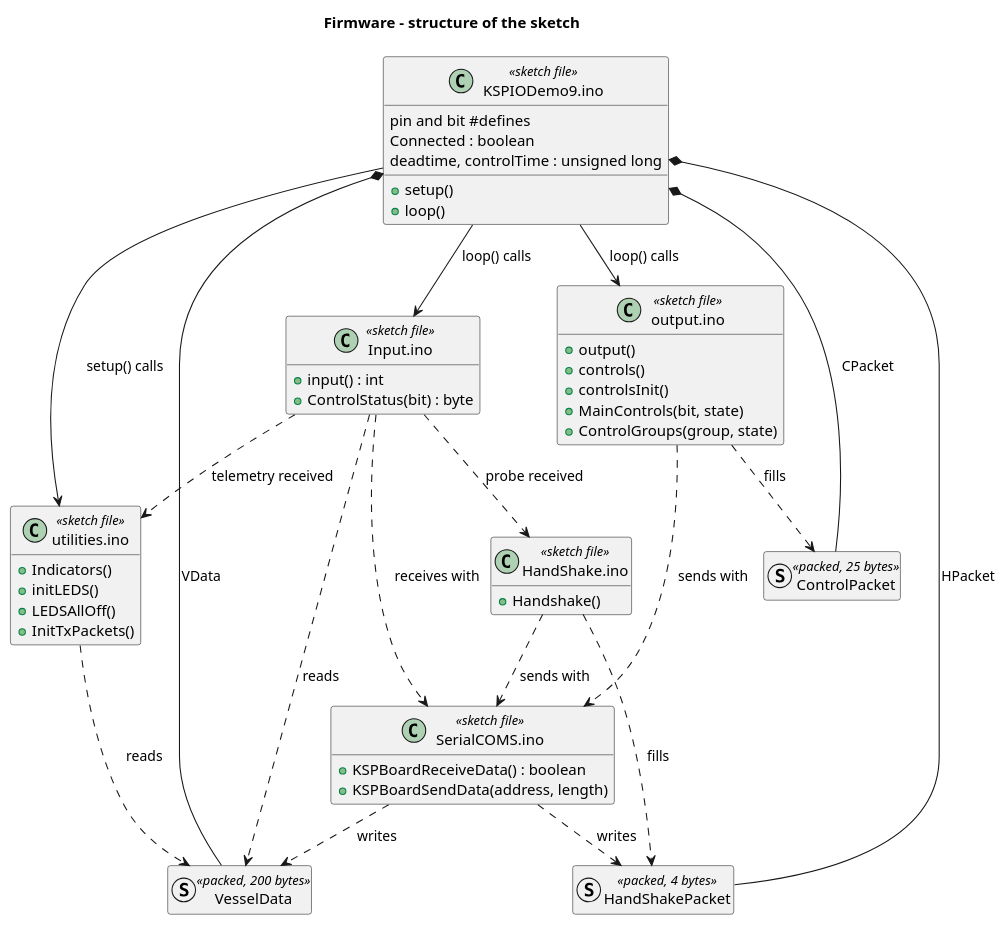
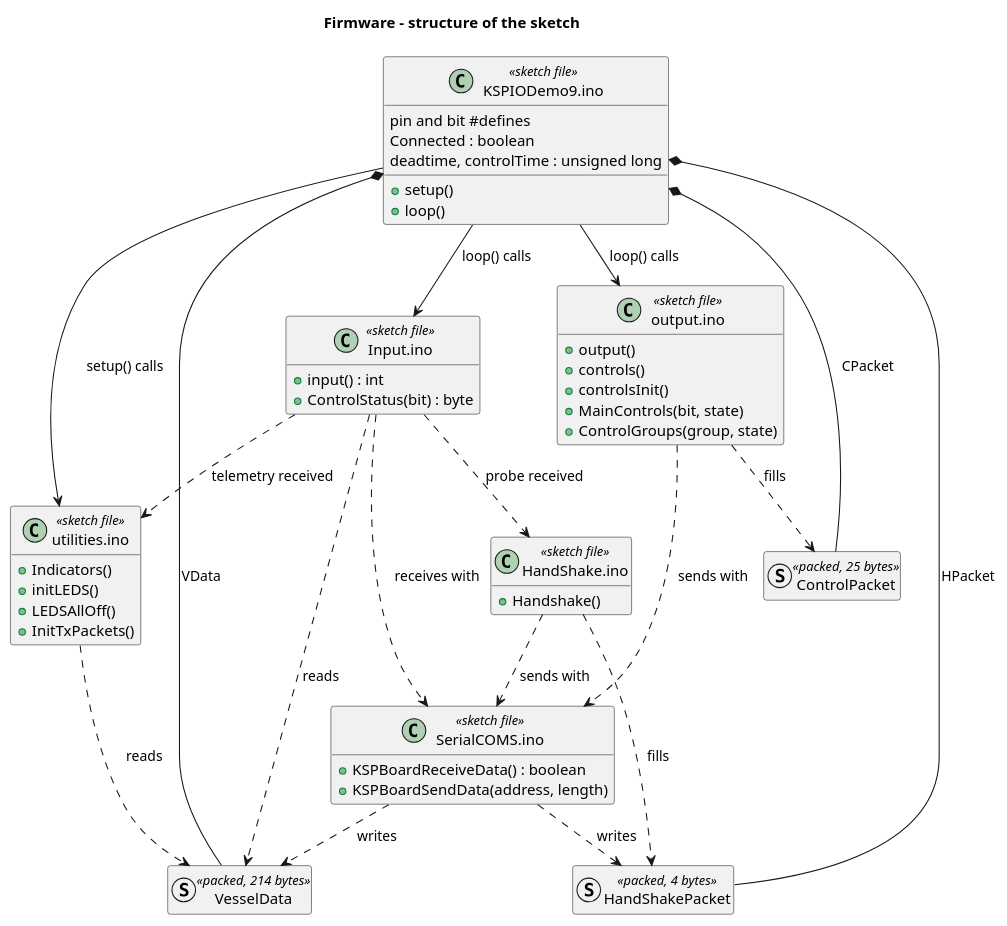
The diagram in docs/diagrams/classes_firmware.puml (AlaNLrdE/KSPKontroller), drawn with PlantUML before and after one commit. The commit also changed 5 other files, not shown here.

First line of the commit message:
Document the 214-byte VesselData and the navball vector fields

```diff
--- a/docs/diagrams/classes_firmware.puml
+++ b/docs/diagrams/classes_firmware.puml
@@ -1,65 +1,65 @@
 @startuml classes_firmware
 title Firmware - structure of the sketch
 !pragma layout smetana
 hide empty members
 
 class "KSPIODemo9.ino" as Main <<sketch file>> {
   +setup()
   +loop()
   pin and bit #defines
   Connected : boolean
   deadtime, controlTime : unsigned long
 }
 
 class "Input.ino" as Input <<sketch file>> {
   +input() : int
   +ControlStatus(bit) : byte
 }
 
 class "output.ino" as Output <<sketch file>> {
   +output()
   +controls()
   +controlsInit()
   +MainControls(bit, state)
   +ControlGroups(group, state)
 }
 
 class "SerialCOMS.ino" as Serial <<sketch file>> {
   +KSPBoardReceiveData() : boolean
   +KSPBoardSendData(address, length)
 }
 
 class "HandShake.ino" as HandShake <<sketch file>> {
   +Handshake()
 }
 
 class "utilities.ino" as Util <<sketch file>> {
   +Indicators()
   +initLEDS()
   +LEDSAllOff()
   +InitTxPackets()
 }
 
-struct VesselData <<packed, 200 bytes>>
+struct VesselData <<packed, 214 bytes>>
 struct ControlPacket <<packed, 25 bytes>>
 struct HandShakePacket <<packed, 4 bytes>>
 
 Main --> Input : loop() calls
 Main --> Output : loop() calls
 Main --> Util : setup() calls
 Main *-- VesselData : VData
 Main *-- ControlPacket : CPacket
 Main *-- HandShakePacket : HPacket
 
 Input ..> Serial : receives with
 Input ..> HandShake : probe received
 Input ..> Util : telemetry received
 Input ..> VesselData : reads
 Output ..> Serial : sends with
 Output ..> ControlPacket : fills
 HandShake ..> HandShakePacket : fills
 HandShake ..> Serial : sends with
 Util ..> VesselData : reads
 Serial ..> VesselData : writes
 Serial ..> HandShakePacket : writes
 @enduml
```
